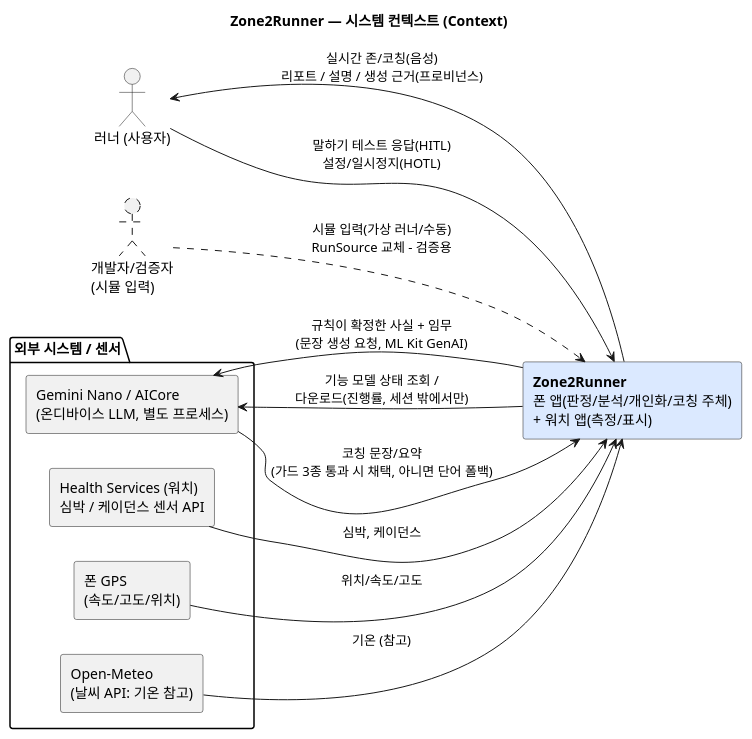
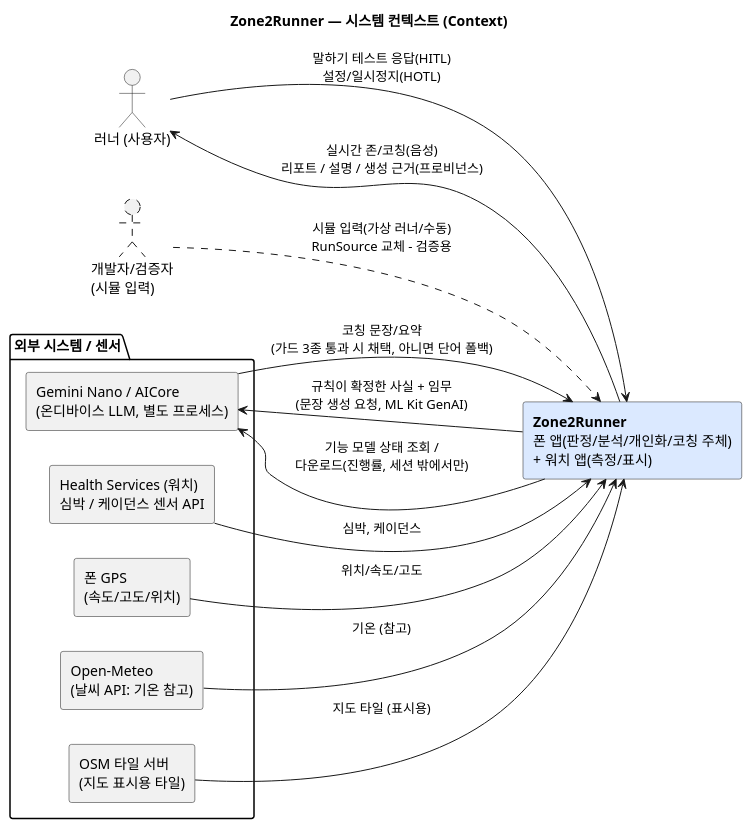
Before and after one commit to tenyearslove/zone2runner: the diagram in arch/diagrams/01-context.puml, drawn with PlantUML. The commit also changed 19 other files, not shown here.

```diff
--- a/arch/diagrams/01-context.puml
+++ b/arch/diagrams/01-context.puml
@@ -1,29 +1,31 @@
 @startuml
 title Zone2Runner — 시스템 컨텍스트 (Context)
 skinparam defaultFontName "Malgun Gothic"
 skinparam componentStyle rectangle
 skinparam shadowing false
 left to right direction
 
 actor "러너 (사용자)" as User
 actor "개발자/검증자\n(시뮬 입력)" as Dev #line.dashed
 
 rectangle "**Zone2Runner**\n폰 앱(판정/분석/개인화/코칭 주체)\n+ 워치 앱(측정/표시)" as SYS #dbe9ff
 
 package "외부 시스템 / 센서" {
   component "Health Services (워치)\n심박 / 케이던스 센서 API" as HS
   component "폰 GPS\n(속도/고도/위치)" as GPS
   component "Gemini Nano / AICore\n(온디바이스 LLM, 별도 프로세스)" as Nano
   component "Open-Meteo\n(날씨 API: 기온 참고)" as Weather
+  component "OSM 타일 서버\n(지도 표시용 타일)" as Tiles
 }
 
 User --> SYS : 말하기 테스트 응답(HITL)\n설정/일시정지(HOTL)
 SYS --> User : 실시간 존/코칭(음성)\n리포트 / 설명 / 생성 근거(프로비넌스)
 HS --> SYS : 심박, 케이던스
 GPS --> SYS : 위치/속도/고도
 SYS --> Nano : 규칙이 확정한 사실 + 임무\n(문장 생성 요청, ML Kit GenAI)
 Nano --> SYS : 코칭 문장/요약\n(가드 3종 통과 시 채택, 아니면 단어 폴백)
 SYS --> Nano : 기능 모델 상태 조회 /\n다운로드(진행률, 세션 밖에서만)
 Weather --> SYS : 기온 (참고)
+Tiles --> SYS : 지도 타일 (표시용)
 Dev ..> SYS : 시뮬 입력(가상 러너/수동)\nRunSource 교체 - 검증용
 @enduml
```
